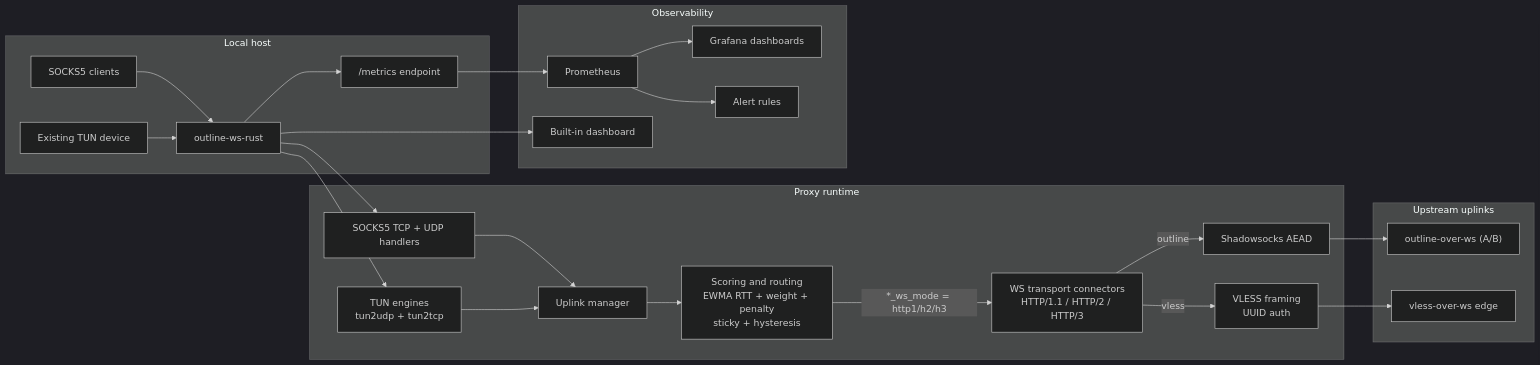
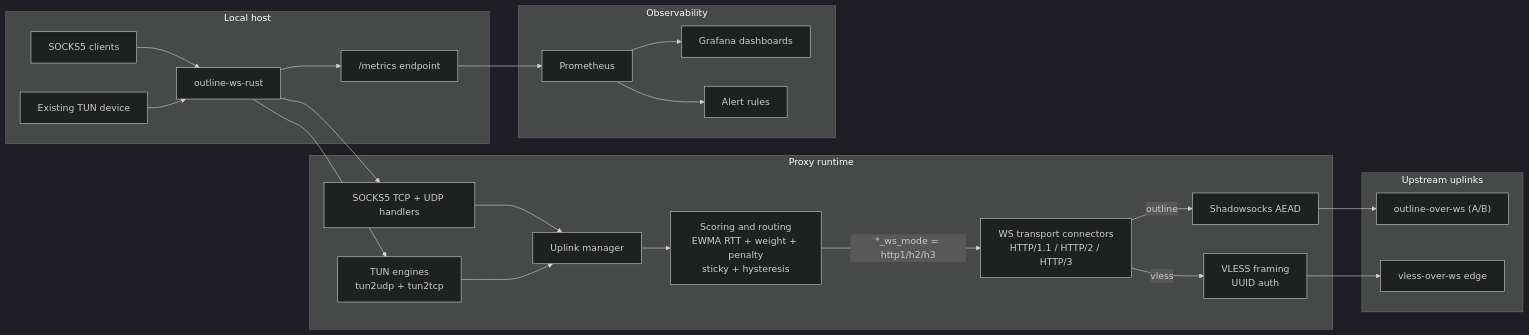
Before and after one commit to balookrd/outline-proxy: the diagram in bins/outline-ws-rust/README.md, drawn with Mermaid (dark theme). The commit also changed other lines of this file and 5 other files, not shown here.

````diff
--- a/bins/outline-ws-rust/README.md
+++ b/bins/outline-ws-rust/README.md
@@ -37,56 +37,54 @@
 ```mermaid
 flowchart LR
     subgraph LocalHost["Local host"]
         C["SOCKS5 clients"]
         T["Existing TUN device"]
         P["outline-ws-rust"]
         M["/metrics endpoint"]
         C --> P
         T --> P
         P --> M
     end
 
     subgraph Runtime["Proxy runtime"]
         S["SOCKS5 TCP + UDP handlers"]
         U["Uplink manager"]
         LB["Scoring and routing
 EWMA RTT + weight + penalty
 sticky + hysteresis"]
         WS["WS transport connectors
 HTTP/1.1 / HTTP/2 / HTTP/3"]
         SS["Shadowsocks AEAD"]
         VL["VLESS framing
 UUID auth"]
         TT["TUN engines
 tun2udp + tun2tcp"]
     end
 
     P --> S
     P --> TT
     S --> U
     TT --> U
     U --> LB
     LB -->|"*_ws_mode = http1/h2/h3"| WS
     WS -->|"outline"| SS
     WS -->|"vless"| VL
 
     subgraph Upstream["Upstream uplinks"]
         O1["outline-over-ws (A/B)"]
         O4["vless-over-ws edge"]
     end
 
     SS --> O1
     VL --> O4
 
     subgraph Observability["Observability"]
         PR["Prometheus"]
-        DASH["Built-in dashboard"]
         GD["Grafana dashboards"]
         AL["Alert rules"]
     end
 
     M --> PR
-    P --> DASH
     PR --> GD
     PR --> AL
 ```
````
